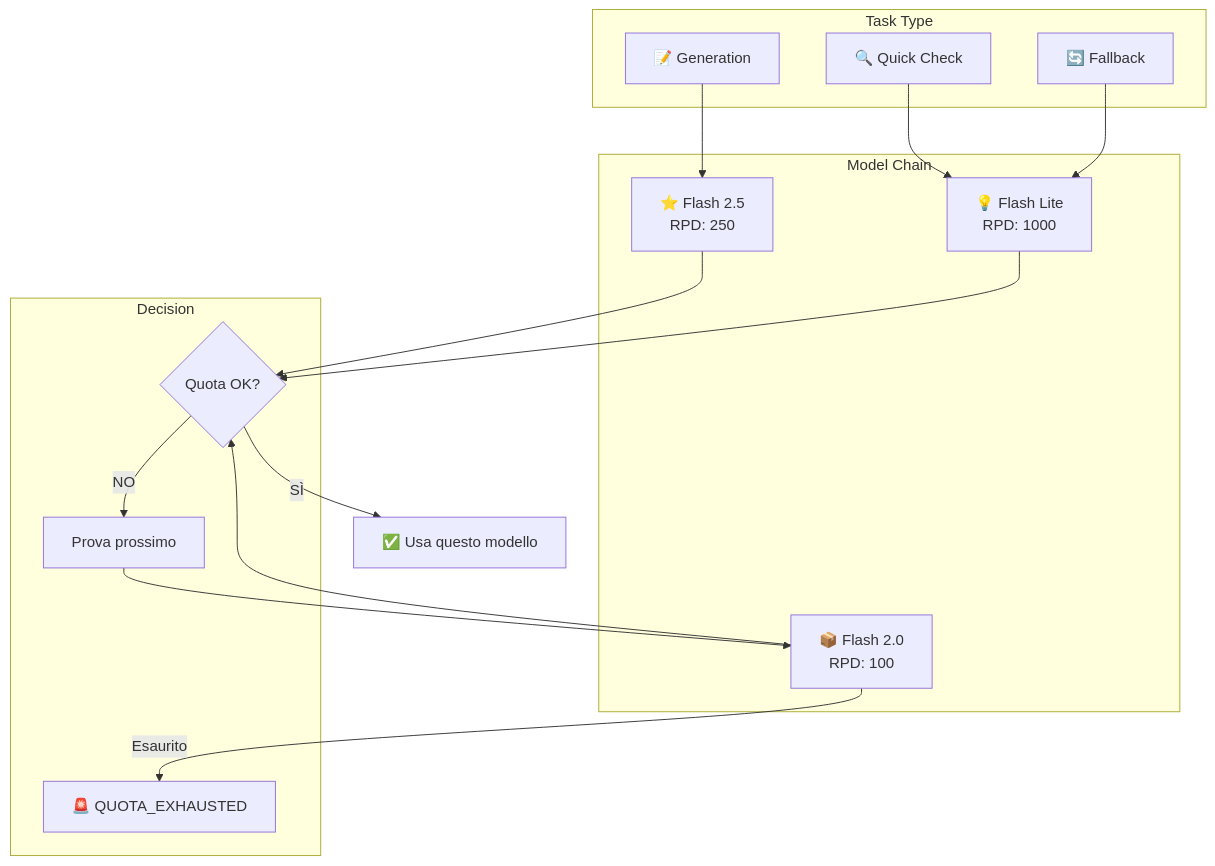
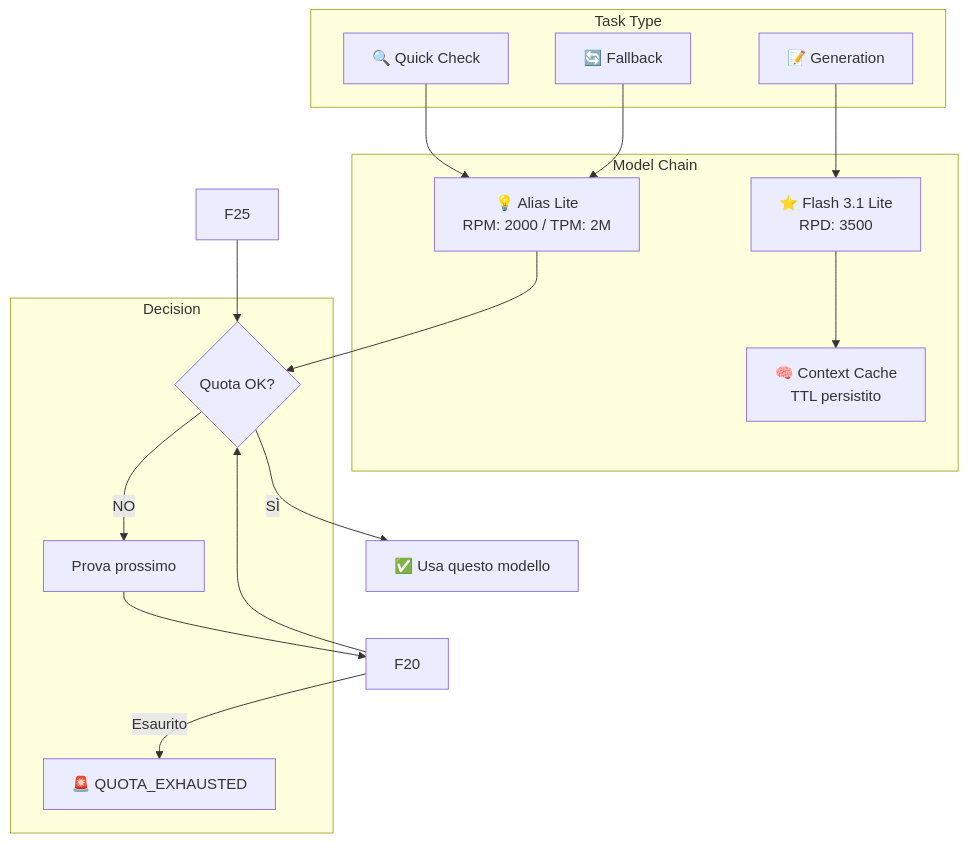
The fourth of 9 diagrams in docs/ARCHITECTURE_DIAGRAMS_IT.md (rasanfil-source/segreteria), drawn with Mermaid before and after one commit. The commit also changed other lines of this file and 24 other files, not shown here.

````diff
--- a/docs/ARCHITECTURE_DIAGRAMS_IT.md
+++ b/docs/ARCHITECTURE_DIAGRAMS_IT.md
@@ -143,33 +143,34 @@
 ```mermaid
 graph TD
     subgraph "Task Type"
         QC["🔍 Quick Check"]
         GEN["📝 Generation"]
         FB["🔄 Fallback"]
     end
     
     subgraph "Model Chain"
-        F25["⭐ Flash 2.5<br/>RPD: 250"]
-        FLITE["💡 Flash Lite<br/>RPD: 1000"]
-        F20["📦 Flash 2.0<br/>RPD: 100"]
+        F31["⭐ Flash 3.1 Lite<br/>RPD: 3500"]
+        FLITE["💡 Alias Lite<br/>RPM: 2000 / TPM: 2M"]
+        CACHE["🧠 Context Cache<br/>TTL persistito"]
     end
     
     subgraph "Decision"
         CHECK{Quota OK?}
         NEXT[Prova prossimo]
         ERROR["🚨 QUOTA_EXHAUSTED"]
     end
     
     QC --> FLITE
-    GEN --> F25
+    GEN --> F31
     FB --> FLITE
+    F31 --> CACHE
     
     F25 --> CHECK
     FLITE --> CHECK
     F20 --> CHECK
     
     CHECK -->|SÌ| USE["✅ Usa questo modello"]
     CHECK -->|NO| NEXT
     NEXT --> F20
     F20 -->|Esaurito| ERROR
 ```
````
